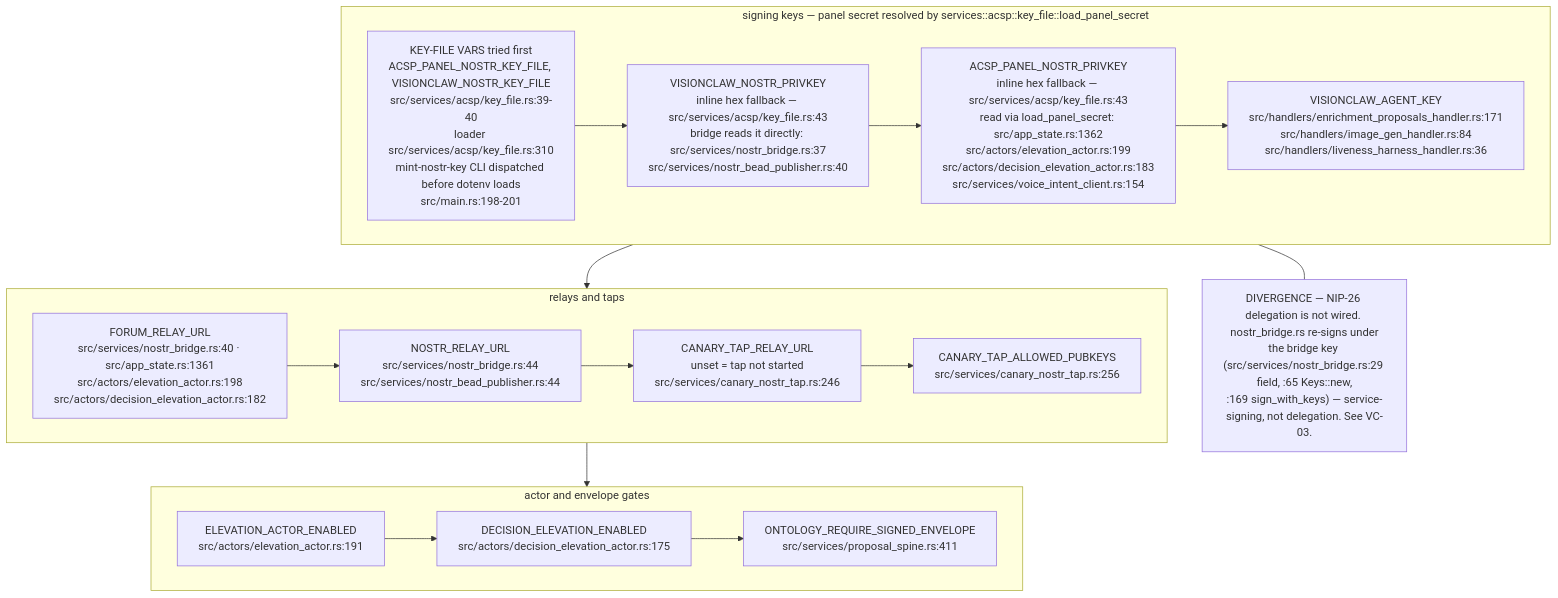
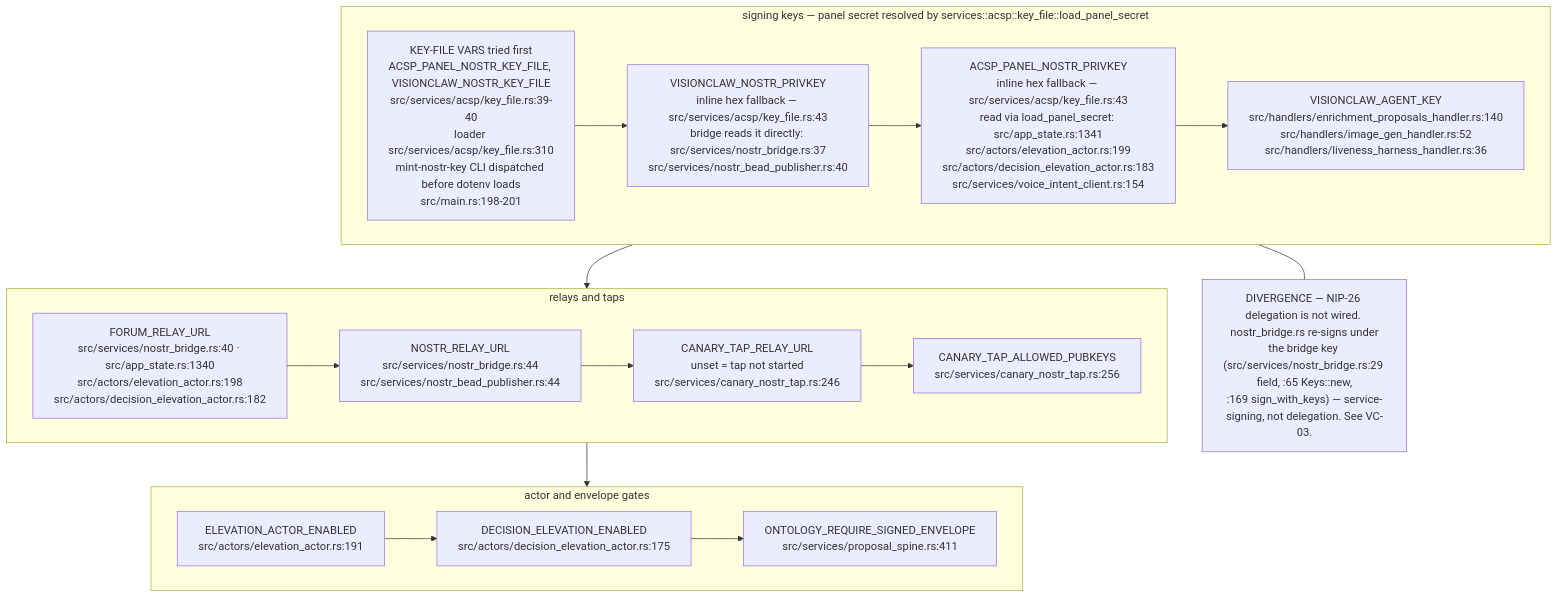
Before and after one commit to DreamLab-AI/VisionFlow: the tenth of 15 diagrams in docs/diagrams/visionclaw/09-config-and-env-flags.md, drawn with Mermaid. The commit also changed other lines of this file and 8 other files, not shown here.

Commit message:
docs(diagrams): multi-MCP discovery is real; re-stamp visionclaw 01/03/05/09/27 and estate/02

````diff
--- a/docs/diagrams/visionclaw/09-config-and-env-flags.md
+++ b/docs/diagrams/visionclaw/09-config-and-env-flags.md
@@ -432,15 +432,15 @@
 ```mermaid
 flowchart TB
     subgraph KEYS["signing keys — panel secret resolved by services::acsp::key_file::load_panel_secret"]
-        K0["KEY-FILE VARS tried first<br/>ACSP_PANEL_NOSTR_KEY_FILE, VISIONCLAW_NOSTR_KEY_FILE<br/>src/services/acsp/key_file.rs:39-40<br/>loader src/services/acsp/key_file.rs:310<br/>mint-nostr-key CLI dispatched before dotenv loads<br/>src/main.rs:198-201"] --> K1["VISIONCLAW_NOSTR_PRIVKEY<br/>inline hex fallback — src/services/acsp/key_file.rs:43<br/>bridge reads it directly: src/services/nostr_bridge.rs:37<br/>src/services/nostr_bead_publisher.rs:40"] --> K2["ACSP_PANEL_NOSTR_PRIVKEY<br/>inline hex fallback — src/services/acsp/key_file.rs:43<br/>read via load_panel_secret: src/app_state.rs:1362<br/>src/actors/elevation_actor.rs:199<br/>src/actors/decision_elevation_actor.rs:183<br/>src/services/voice_intent_client.rs:154"] --> K3["VISIONCLAW_AGENT_KEY<br/>src/handlers/enrichment_proposals_handler.rs:171<br/>src/handlers/image_gen_handler.rs:84<br/>src/handlers/liveness_harness_handler.rs:36"]
+        K0["KEY-FILE VARS tried first<br/>ACSP_PANEL_NOSTR_KEY_FILE, VISIONCLAW_NOSTR_KEY_FILE<br/>src/services/acsp/key_file.rs:39-40<br/>loader src/services/acsp/key_file.rs:310<br/>mint-nostr-key CLI dispatched before dotenv loads<br/>src/main.rs:198-201"] --> K1["VISIONCLAW_NOSTR_PRIVKEY<br/>inline hex fallback — src/services/acsp/key_file.rs:43<br/>bridge reads it directly: src/services/nostr_bridge.rs:37<br/>src/services/nostr_bead_publisher.rs:40"] --> K2["ACSP_PANEL_NOSTR_PRIVKEY<br/>inline hex fallback — src/services/acsp/key_file.rs:43<br/>read via load_panel_secret: src/app_state.rs:1341<br/>src/actors/elevation_actor.rs:199<br/>src/actors/decision_elevation_actor.rs:183<br/>src/services/voice_intent_client.rs:154"] --> K3["VISIONCLAW_AGENT_KEY<br/>src/handlers/enrichment_proposals_handler.rs:140<br/>src/handlers/image_gen_handler.rs:52<br/>src/handlers/liveness_harness_handler.rs:36"]
     end
     subgraph RELAYS["relays and taps"]
-        R1["FORUM_RELAY_URL<br/>src/services/nostr_bridge.rs:40 · src/app_state.rs:1361<br/>src/actors/elevation_actor.rs:198<br/>src/actors/decision_elevation_actor.rs:182"] --> R2["NOSTR_RELAY_URL<br/>src/services/nostr_bridge.rs:44<br/>src/services/nostr_bead_publisher.rs:44"] --> R3["CANARY_TAP_RELAY_URL<br/>unset = tap not started<br/>src/services/canary_nostr_tap.rs:246"] --> R4["CANARY_TAP_ALLOWED_PUBKEYS<br/>src/services/canary_nostr_tap.rs:256"]
+        R1["FORUM_RELAY_URL<br/>src/services/nostr_bridge.rs:40 · src/app_state.rs:1340<br/>src/actors/elevation_actor.rs:198<br/>src/actors/decision_elevation_actor.rs:182"] --> R2["NOSTR_RELAY_URL<br/>src/services/nostr_bridge.rs:44<br/>src/services/nostr_bead_publisher.rs:44"] --> R3["CANARY_TAP_RELAY_URL<br/>unset = tap not started<br/>src/services/canary_nostr_tap.rs:246"] --> R4["CANARY_TAP_ALLOWED_PUBKEYS<br/>src/services/canary_nostr_tap.rs:256"]
     end
     subgraph GATES["actor and envelope gates"]
         G1["ELEVATION_ACTOR_ENABLED<br/>src/actors/elevation_actor.rs:191"] --> G2["DECISION_ELEVATION_ENABLED<br/>src/actors/decision_elevation_actor.rs:175"] --> G3["ONTOLOGY_REQUIRE_SIGNED_ENVELOPE<br/>src/services/proposal_spine.rs:411"]
     end
     KEYS --> RELAYS --> GATES
     N3["DIVERGENCE — NIP-26 delegation is not wired. nostr_bridge.rs re-signs under<br/>the bridge key (src/services/nostr_bridge.rs:29 field, :65 Keys::new,<br/>:169 sign_with_keys) — service-signing, not delegation. See VC-03."]
     KEYS --- N3
 ```
````
